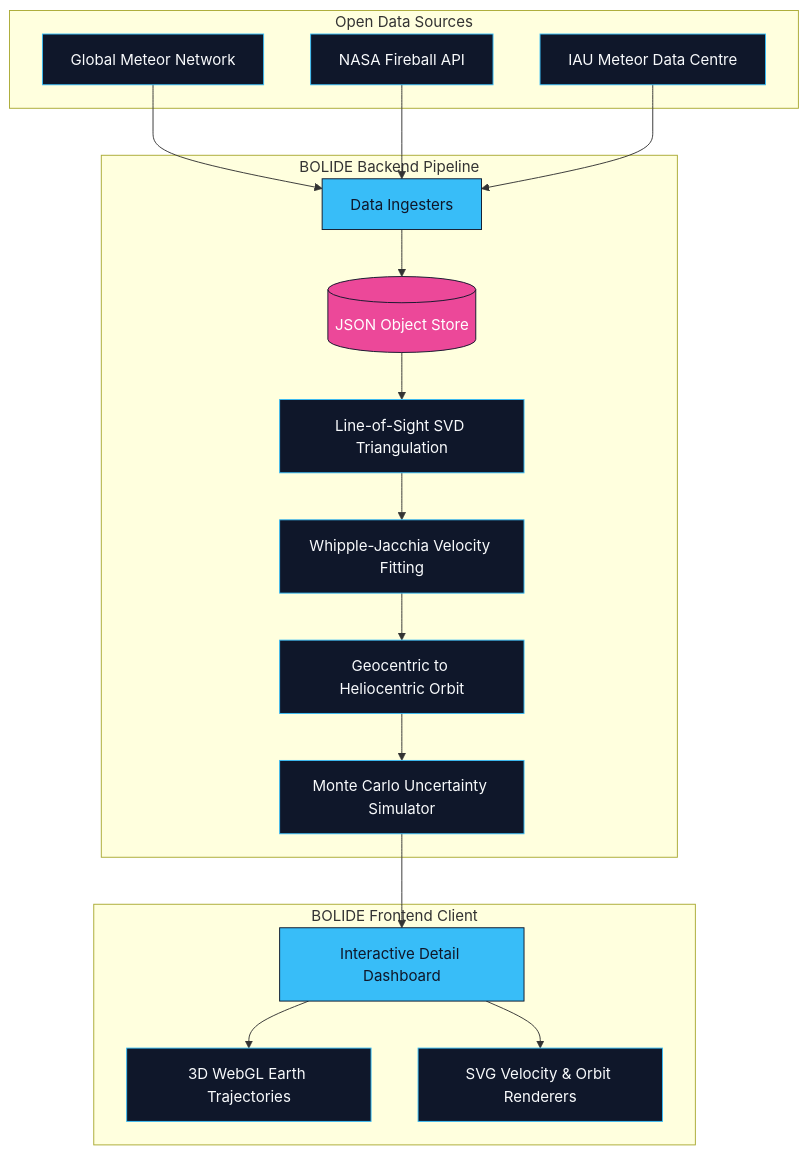
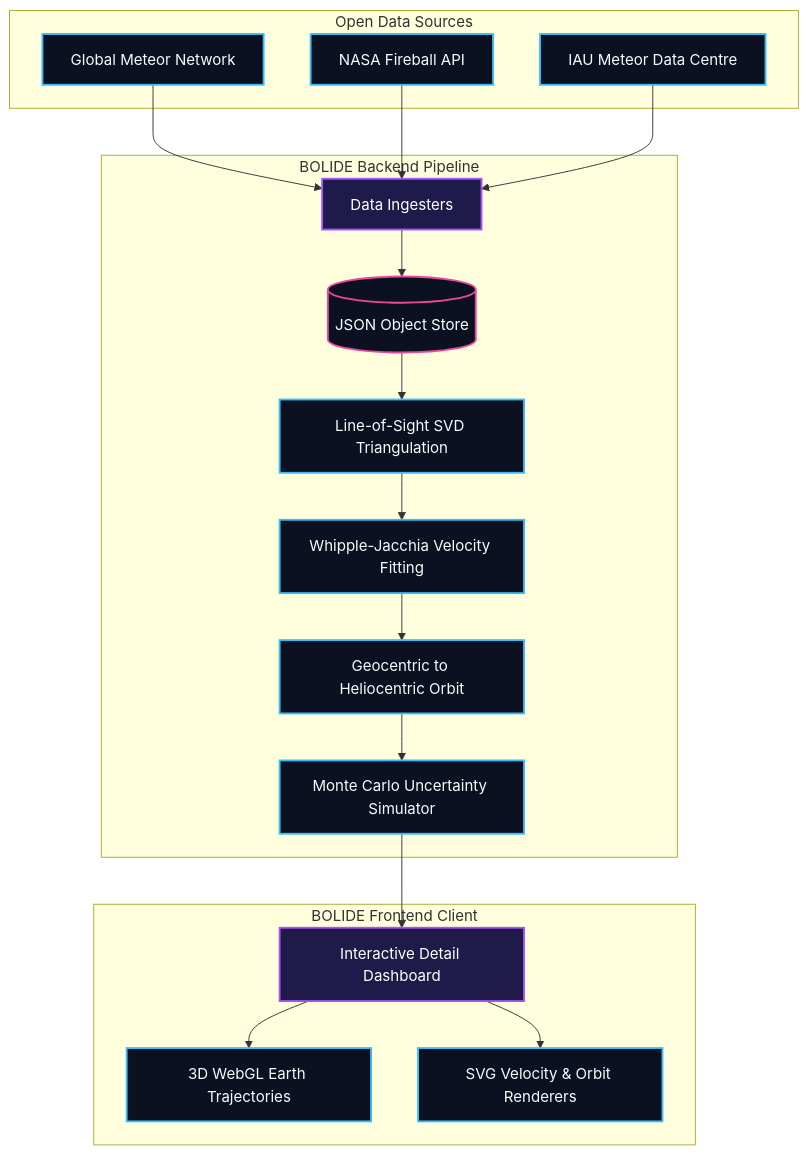
The diagram in README.md (Ojasvvv/Astrothon), drawn with Mermaid before and after one commit.

````diff
--- a/README.md
+++ b/README.md
@@ -31,42 +31,42 @@
 ```mermaid
 graph TD
-    classDef default fill:#0f172a,stroke:#38bdf8,stroke-width:1px,color:#f8fafc;
-    classDef highlight fill:#38bdf8,stroke:#0f172a,stroke-width:1px,color:#0f172a;
-    classDef store fill:#ec4899,stroke:#0f172a,stroke-width:1px,color:#fff;
+    classDef default fill:#0b1121,stroke:#38bdf8,stroke-width:2px,color:#f8fafc;
+    classDef highlight fill:#1e1b4b,stroke:#a855f7,stroke-width:2px,color:#ffffff;
+    classDef store fill:#0b1121,stroke:#ec4899,stroke-width:2px,color:#ffffff;
     
     subgraph Open Data Sources
         GMN[Global Meteor Network]:::default
         NASA[NASA Fireball API]:::default
         IAU[IAU Meteor Data Centre]:::default
     end
 
     subgraph BOLIDE Backend Pipeline
         Ingest[Data Ingesters]:::highlight
         Store[(JSON Object Store)]:::store
         
         Triangulate[Line-of-Sight SVD Triangulation]:::default
         Velocity[Whipple-Jacchia Velocity Fitting]:::default
         Orbit[Geocentric to Heliocentric Orbit]:::default
         MC[Monte Carlo Uncertainty Simulator]:::default
     end
 
     subgraph BOLIDE Frontend Client
         Dash[Interactive Detail Dashboard]:::highlight
         Map[3D WebGL Earth Trajectories]:::default
         Charts[SVG Velocity & Orbit Renderers]:::default
     end
 
     GMN --> Ingest
     NASA --> Ingest
     IAU --> Ingest
 
     Ingest --> Store
     Store --> Triangulate
     Triangulate --> Velocity
     Velocity --> Orbit
     Orbit --> MC
     
     MC --> Dash
     Dash --> Map
     Dash --> Charts
 ```
````
